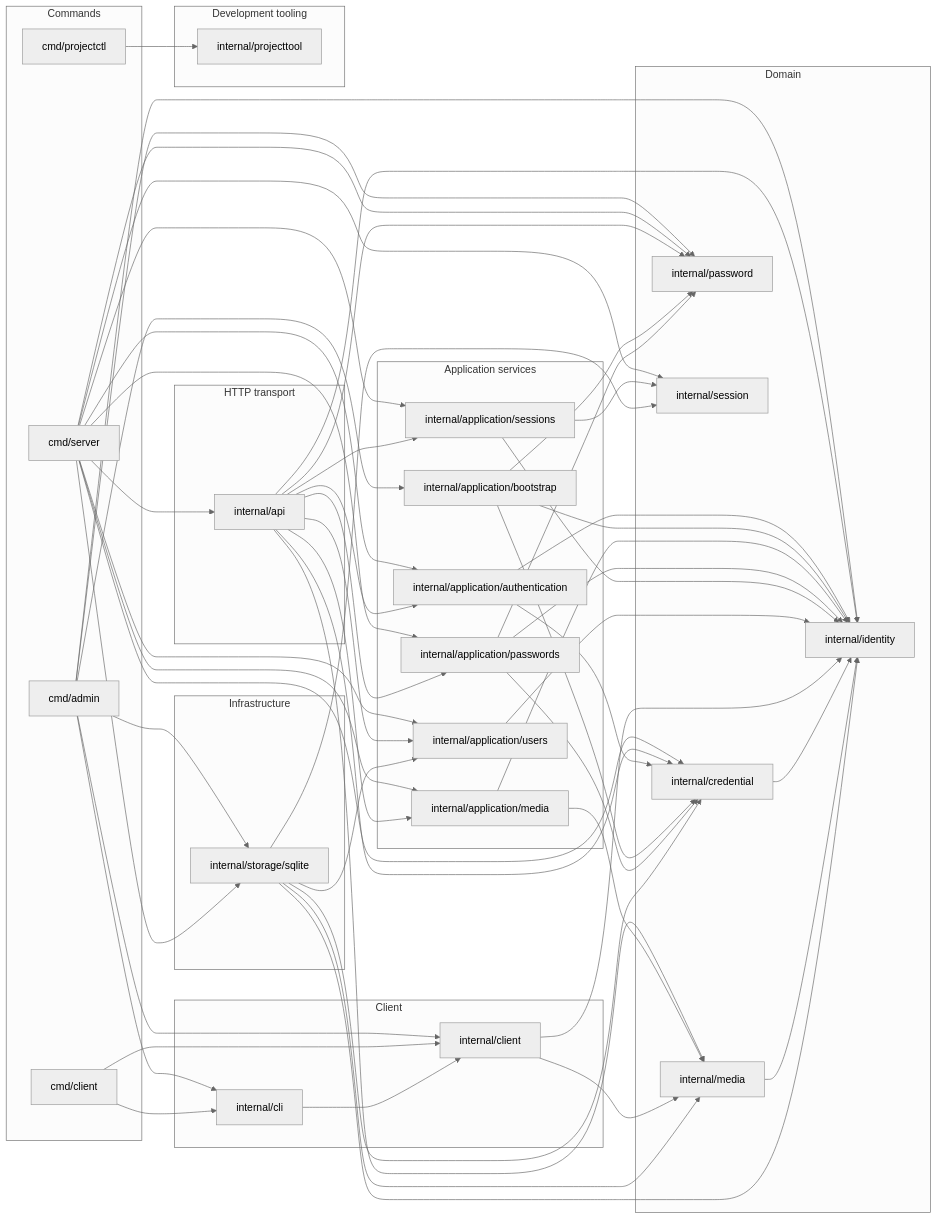
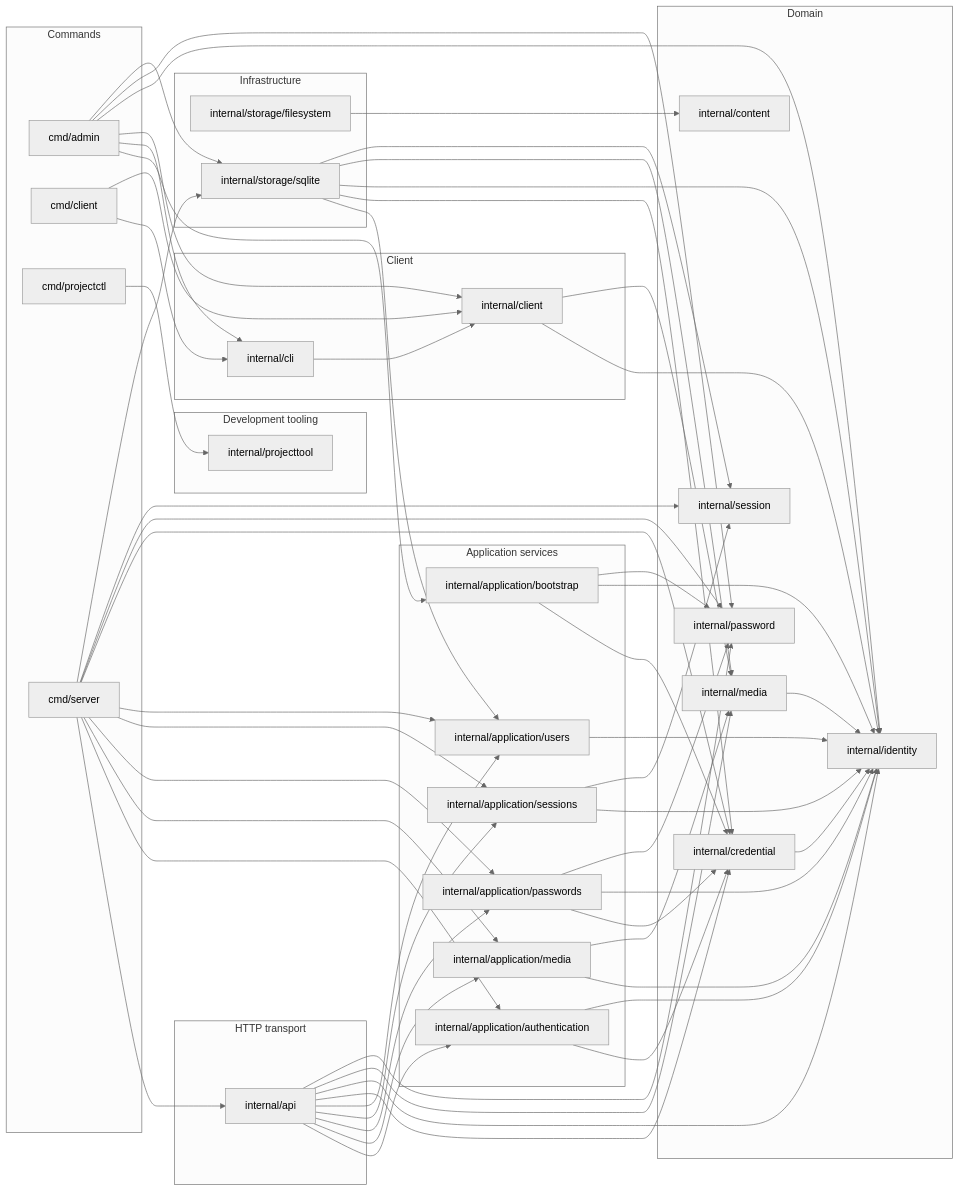
The diagram in docs/architecture.md (ebe542/go-mediaarchive), drawn with Mermaid (neutral theme) before and after one commit. The commit also changed other lines of this file and 4 other files, not shown here.

Commit message:
feat(storage): add filesystem content store

````diff
--- a/docs/architecture.md
+++ b/docs/architecture.md
@@ -38,71 +38,74 @@
     package10["internal/application/users"]
   end
   subgraph domain["Domain"]
-    package13["internal/credential"]
-    package14["internal/identity"]
-    package15["internal/media"]
-    package16["internal/password"]
-    package18["internal/session"]
+    package13["internal/content"]
+    package14["internal/credential"]
+    package15["internal/identity"]
+    package16["internal/media"]
+    package17["internal/password"]
+    package19["internal/session"]
   end
   subgraph infrastructure["Infrastructure"]
-    package19["internal/storage/sqlite"]
+    package20["internal/storage/filesystem"]
+    package21["internal/storage/sqlite"]
   end
   subgraph client["Client"]
     package11["internal/cli"]
     package12["internal/client"]
   end
   subgraph tooling["Development tooling"]
-    package17["internal/projecttool"]
+    package18["internal/projecttool"]
   end
   package0 --> package6
   package0 --> package11
   package0 --> package12
-  package0 --> package14
-  package0 --> package16
-  package0 --> package19
+  package0 --> package15
+  package0 --> package17
+  package0 --> package21
   package1 --> package11
   package1 --> package12
-  package2 --> package17
+  package2 --> package18
   package3 --> package4
   package3 --> package5
   package3 --> package7
   package3 --> package8
   package3 --> package9
   package3 --> package10
-  package3 --> package13
-  package3 --> package16
-  package3 --> package18
+  package3 --> package14
+  package3 --> package17
   package3 --> package19
+  package3 --> package21
   package4 --> package5
   package4 --> package7
   package4 --> package8
   package4 --> package9
   package4 --> package10
-  package4 --> package13
   package4 --> package14
   package4 --> package15
   package4 --> package16
-  package5 --> package13
+  package4 --> package17
   package5 --> package14
-  package6 --> package13
+  package5 --> package15
   package6 --> package14
-  package6 --> package16
-  package7 --> package14
+  package6 --> package15
+  package6 --> package17
   package7 --> package15
-  package8 --> package13
+  package7 --> package16
   package8 --> package14
-  package8 --> package16
-  package9 --> package14
-  package9 --> package18
-  package10 --> package14
+  package8 --> package15
+  package8 --> package17
+  package9 --> package15
+  package9 --> package19
+  package10 --> package15
   package11 --> package12
-  package12 --> package14
   package12 --> package15
-  package13 --> package14
-  package15 --> package14
-  package19 --> package10
-  package19 --> package13
-  package19 --> package14
-  package19 --> package15
-  package19 --> package18
+  package12 --> package16
+  package14 --> package15
+  package16 --> package15
+  package20 --> package13
+  package21 --> package10
+  package21 --> package14
+  package21 --> package15
+  package21 --> package16
+  package21 --> package19
 ```
````
